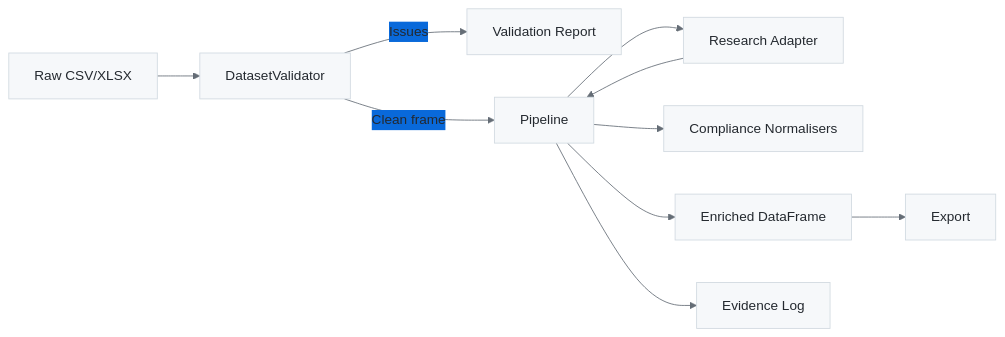
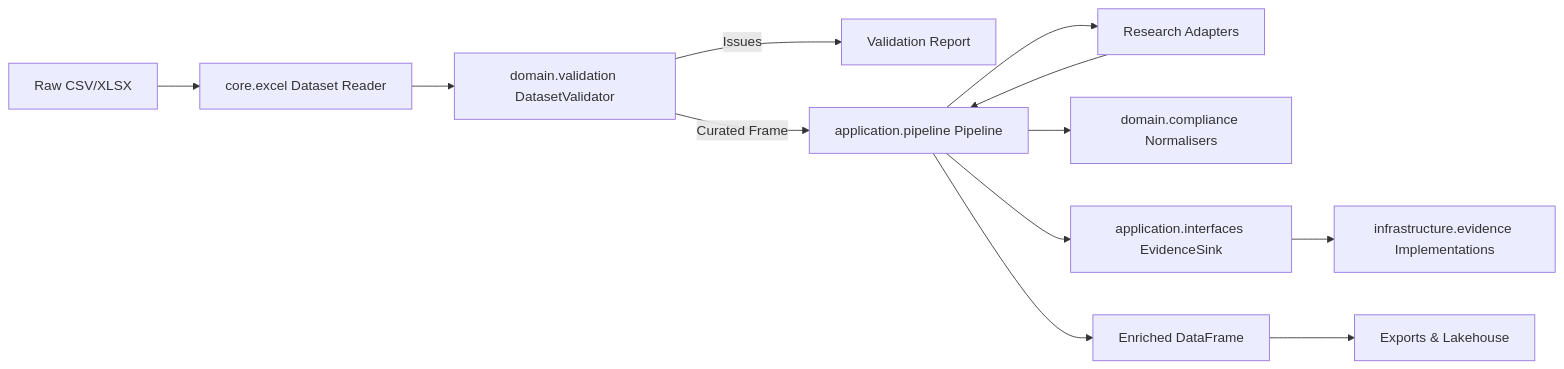
The diagram in docs-starlight/src/content/docs/architecture.md (IAmJonoBo/watercrawl), drawn with Mermaid before and after one commit. The commit also changed other lines of this file and 38 other files, not shown here.

````diff
--- a/docs-starlight/src/content/docs/architecture.md
+++ b/docs-starlight/src/content/docs/architecture.md
@@ -36,29 +24,14 @@
 ```mermaid
----
-config:
-  theme: 'base'
-  themeVariables:
-    background: '#ffffff'
-    primaryColor: '#f6f8fa'
-    primaryTextColor: '#24292f'
-    primaryBorderColor: '#d1d9e0'
-    lineColor: '#656d76'
-    secondaryColor: '#0969da'
-    tertiaryColor: '#ffffff'
-    textColor: '#24292f'
-    mainBkg: '#f6f8fa'
-    secondBkg: '#ffffff'
-    border1: '#d1d9e0'
-    border2: '#d1d9e0'
----
 flowchart LR
-    A[Raw CSV/XLSX] --> B[DatasetValidator]
-    B -->|Issues| C[Validation Report]
-    B -->|Clean frame| D[Pipeline]
-    D --> E[Research Adapter]
-    E --> D
-    D --> F[Compliance Normalisers]
-    D --> G[Enriched DataFrame]
-    D --> H[Evidence Log]
-    G --> I[Export]
+    A[Raw CSV/XLSX] --> B[core.excel Dataset Reader]
+    B --> C[domain.validation DatasetValidator]
+    C -->|Issues| D[Validation Report]
+    C -->|Curated Frame| E[application.pipeline Pipeline]
+    E --> F[Research Adapters]
+    F --> E
+    E --> G[domain.compliance Normalisers]
+    E --> H[application.interfaces EvidenceSink]
+    H --> I[infrastructure.evidence Implementations]
+    E --> J[Enriched DataFrame]
+    J --> K[Exports & Lakehouse]
 ```
````
